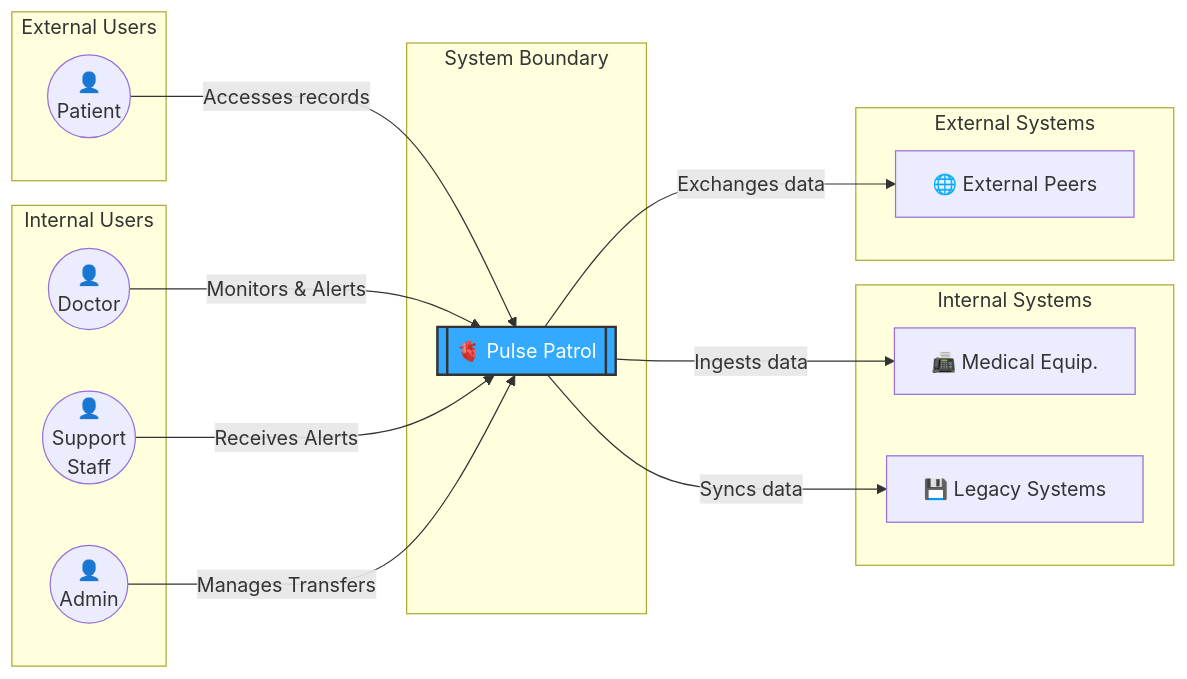
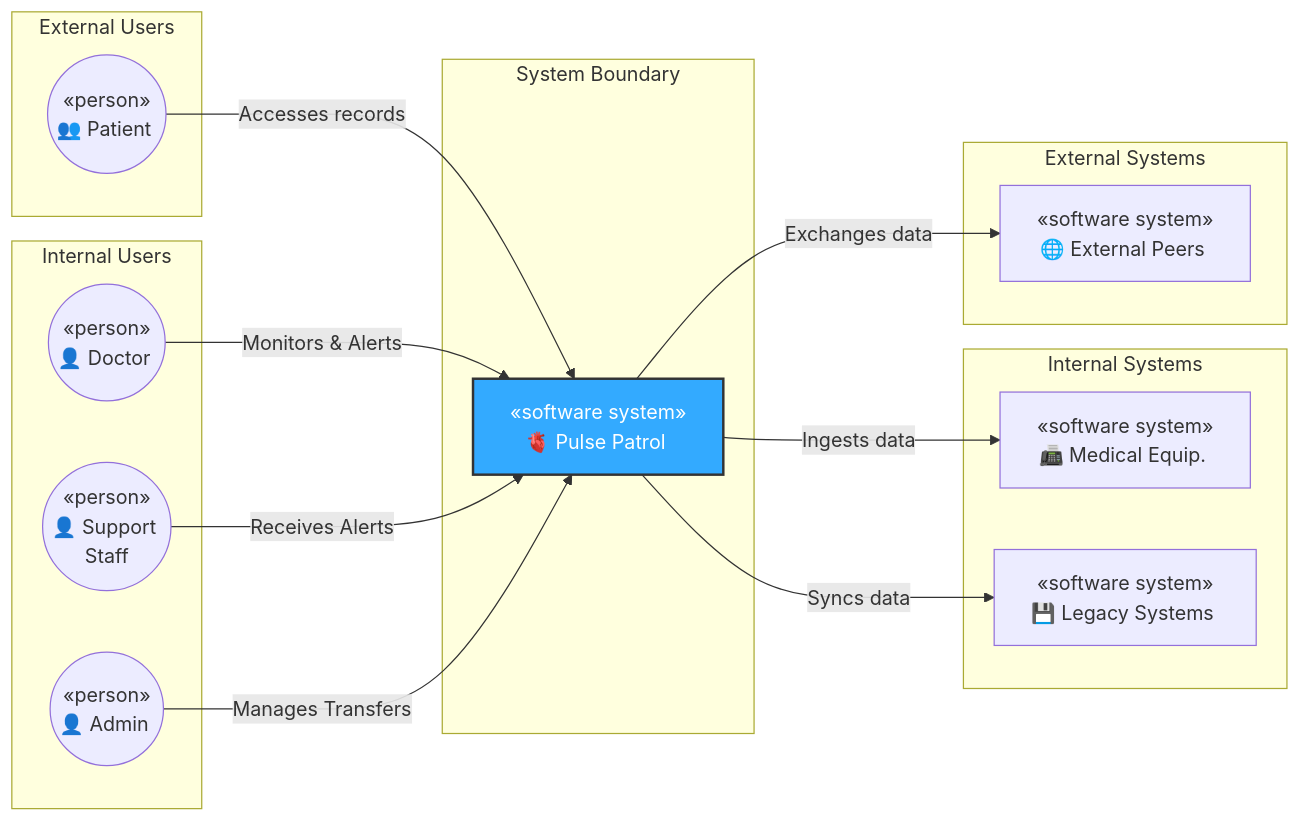
The first of 8 diagrams in docs/ard-v2.1.md (iugori/pulse-patrol), drawn with Mermaid before and after one commit. The commit also changed other lines of this file, not shown here.

````diff
--- a/docs/ard-v2.1.md
+++ b/docs/ard-v2.1.md
@@ -177,39 +177,39 @@
 ```mermaid
 graph LR
 %% Actors
     subgraph ExternalUsers ["External Users"]
-        P(("👤<br/>Patient"))
+        P(("«person»<br/>👥 Patient&nbsp;"))
     end
 
     subgraph InternalUsers ["Internal Users"]
-        D(("👤<br/>Doctor"))
-        S(("👤<br/>Support<br/>Staff"))
-        A(("👤<br/>Admin"))
+        D(("«person»<br/>👤 Doctor&nbsp;"))
+        S(("«person»<br/>👤 Support&nbsp;<br/>Staff"))
+        A(("«person»<br/>👤 Admin&nbsp;"))
     end
 
 %% Core
     subgraph SystemBoundary [System Boundary]
-        PP[["🫀 Pulse Patrol"]]
+        PP["«software system»<br/>🫀 Pulse Patrol&nbsp;"]
     end
 
 %% Externals
     subgraph InternalInfrastructure ["Internal Systems"]
-        ME["📠 Medical Equip."]
-        IS["💾 Legacy Systems"]
+        ME["«software system»<br/>📠 Medical Equip.&nbsp;"]
+        IS["«software system»<br/>💾 Legacy Systems&nbsp;"]
     end
 
     subgraph ExternalInfrastructure ["External Systems"]
-        EP["🌐 External Peers"]
+        EP["«software system»<br/>🌐 External Peers&nbsp;"]
     end
 
 %% Relationships with concise text
     P -- Accesses records --> PP
     D -- Monitors & Alerts --> PP
     S -- Receives Alerts --> PP
     A -- Manages Transfers --> PP
     PP -- Ingests data --> ME
     PP -- Syncs data --> IS
     PP -- Exchanges data --> EP
 %% Style
     style PP fill: #33aaff, color: #fff, stroke: #333, stroke-width: 2px
 ```
````
